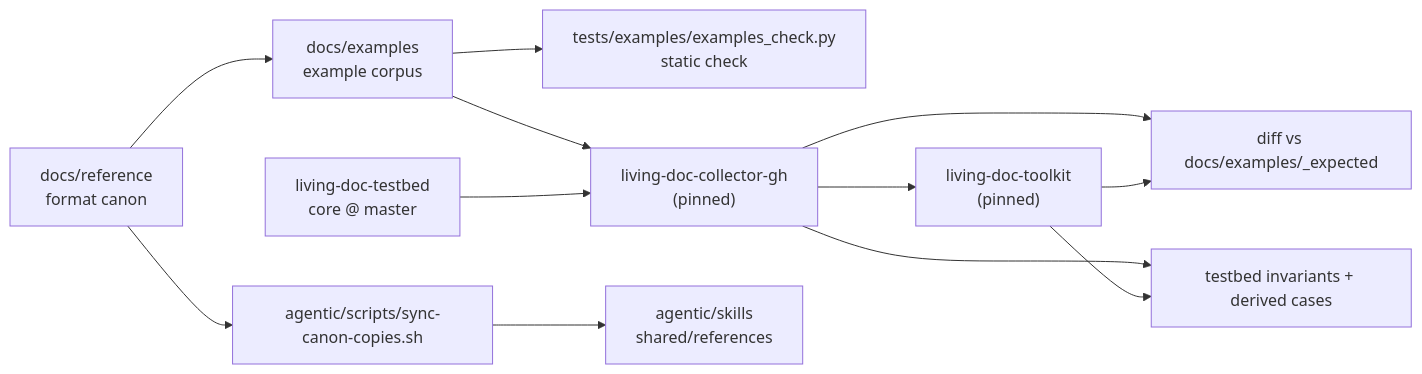
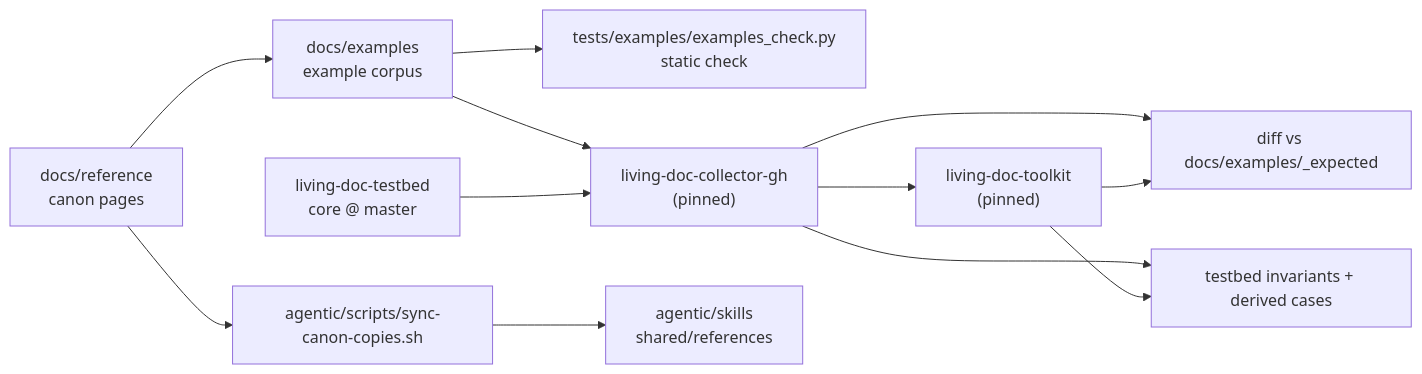
One commit to AbsaOSS/living-doc changed the diagram in CONTEXT.md. Above: the diagram before and after it, drawn with Mermaid. The commit also changed other lines of this file and 7 other files, not shown here.

First line of the commit message:
#77: Add the reference pages for data flows, contracts and error codes (#78)

````diff
--- a/CONTEXT.md
+++ b/CONTEXT.md
@@ -31,13 +31,13 @@
 ```mermaid
 flowchart LR
-    canon["docs/reference<br/>format canon"] --> corpus["docs/examples<br/>example corpus"]
+    canon["docs/reference<br/>canon pages"] --> corpus["docs/examples<br/>example corpus"]
     corpus --> static["tests/examples/examples_check.py<br/>static check"]
     corpus --> collector["living-doc-collector-gh<br/>(pinned)"]
     testbed["living-doc-testbed<br/>core @ master"] --> collector
     collector --> toolkit["living-doc-toolkit<br/>(pinned)"]
     collector --> snap["diff vs docs/examples/_expected"]
     toolkit --> snap
     collector --> inv["testbed invariants + derived cases"]
     toolkit --> inv
     canon --> sync["agentic/scripts/sync-canon-copies.sh"] --> skills["agentic/skills<br/>shared/references"]
 ```
````
